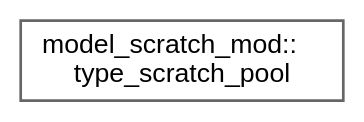
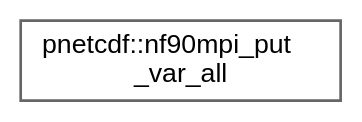
Before and after one commit to mayhl/FUNWAVE-TVD: the diagram in release/v4.0-beta/inherit_graph_49.dot, drawn with Graphviz. The commit also changed 126 other files, not shown here.

```diff
--- a/release/v4.0-beta/inherit_graph_49.dot
+++ b/release/v4.0-beta/inherit_graph_49.dot
@@ -1,9 +1,9 @@
 digraph "Graphical Class Hierarchy"
 {
  // LATEX_PDF_SIZE
   bgcolor="transparent";
   edge [fontname=Helvetica,fontsize=10,labelfontname=Helvetica,labelfontsize=10];
   node [fontname=Helvetica,fontsize=10,shape=box,height=0.2,width=0.4];
   rankdir="LR";
-  Node0 [id="Node000000",label="model_scratch_mod::\ltype_scratch_pool",height=0.2,width=0.4,color="grey40", fillcolor="white", style="filled",URL="$structmodel__scratch__mod_1_1type__scratch__pool.html",tooltip="Generic pre-allocated slot pool for intra-timestep temporary 2-D arrays."];
+  Node0 [id="Node000000",label="pnetcdf::nf90mpi_put\l_var_all",height=0.2,width=0.4,color="grey40", fillcolor="white", style="filled",URL="$interfacepnetcdf_1_1nf90mpi__put__var__all.html",tooltip=" "];
 }
```
